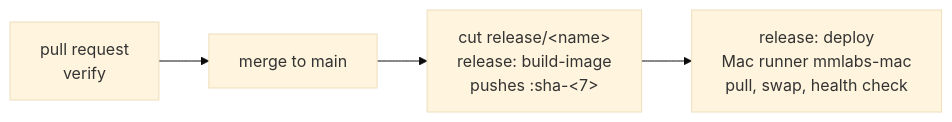
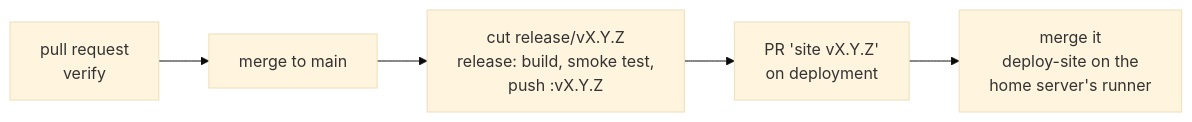
Before and after one commit to mmlabs-online/landing: the diagram in docs/ops/ci-cd.md, drawn with Mermaid (base theme). The commit also changed other lines of this file and 4 other files, not shown here.

First line of the commit message:
CI: release through the deployment repo, like Ricotdin and CaleChip

````diff
--- a/docs/ops/ci-cd.md
+++ b/docs/ops/ci-cd.md
@@ -8,6 +7,7 @@
 ```mermaid
 flowchart LR
   A["pull request<br/>verify"] --> B["merge to main"]
-  B --> C["cut release/&lt;name&gt;<br/>release: build-image<br/>pushes :sha-&lt;7&gt;"]
-  C --> D["release: deploy<br/>Mac runner mmlabs-mac<br/>pull, swap, health check"]
+  B --> C["cut release/vX.Y.Z<br/>release: build, smoke test,<br/>push :vX.Y.Z"]
+  C --> D["PR 'site vX.Y.Z'<br/>on deployment"]
+  D --> E["merge it<br/>deploy-site on the<br/>home server's runner"]
 ```
````
